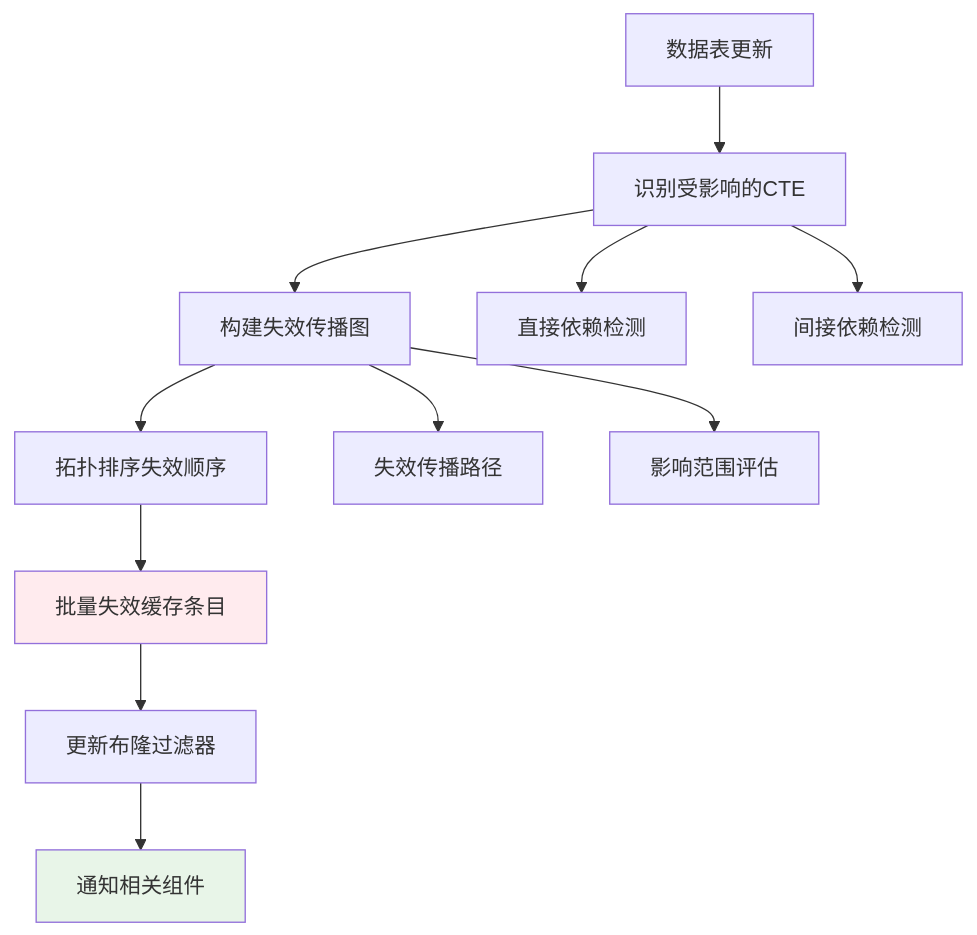
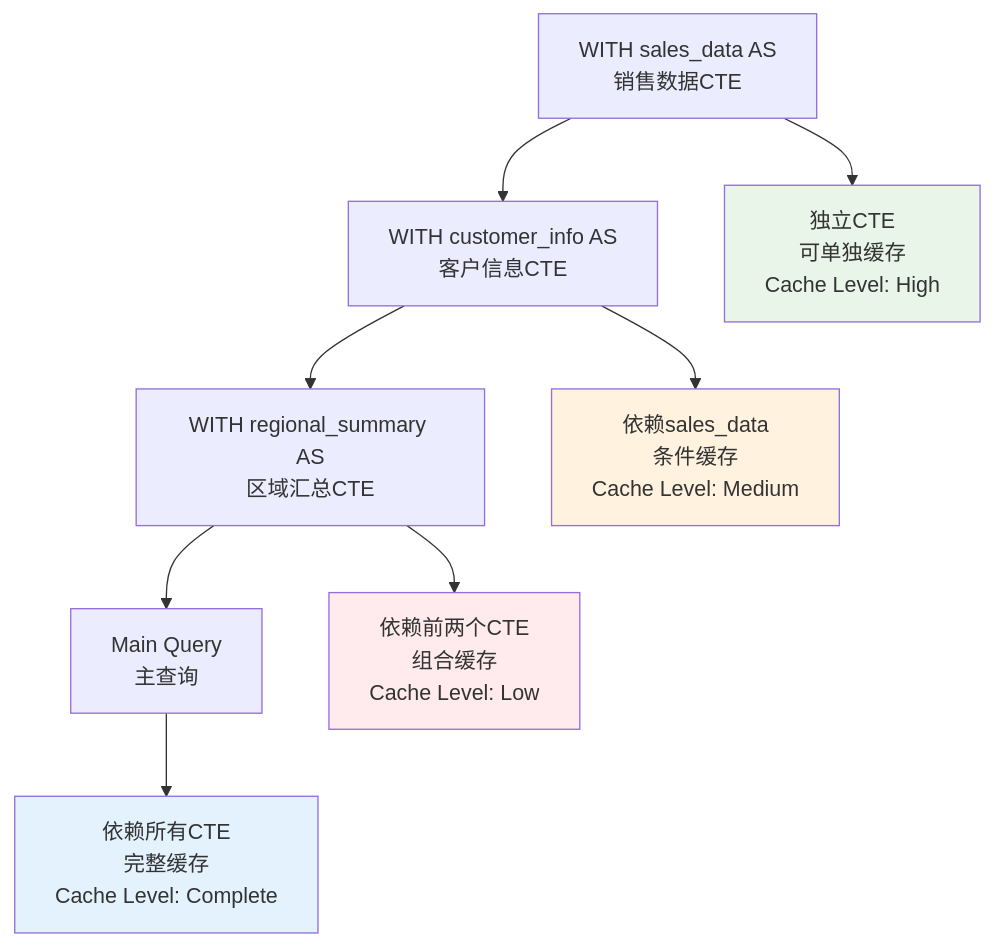
Diagram 13 of 13 in md/第三章-动态缓存管理.md (crazypenguincode/duckdb), drawn with Mermaid before and after one commit. The commit also changed other lines of this file and 361 other files, not shown here.

````diff
--- a/md/第三章-动态缓存管理.md
+++ b/md/第三章-动态缓存管理.md
@@ -971,19 +2630,16 @@
 ```mermaid
 graph TD
-    A[数据表更新] --> B[识别受影响的CTE]
-    B --> C[构建失效传播图]
-    C --> D[拓扑排序失效顺序]
-    D --> E[批量失效缓存条目]
+    A[WITH sales_data AS<br/>销售数据CTE] --> B[WITH customer_info AS<br/>客户信息CTE]
+    B --> C[WITH regional_summary AS<br/>区域汇总CTE]
+    C --> D[Main Query<br/>主查询]
     
-    B --> B1[直接依赖检测]
-    B --> B2[间接依赖检测]
+    A --> A1[独立CTE<br/>可单独缓存<br/>Cache Level: High]
+    B --> B1[依赖sales_data<br/>条件缓存<br/>Cache Level: Medium]
+    C --> C1[依赖前两个CTE<br/>组合缓存<br/>Cache Level: Low]
+    D --> D1[依赖所有CTE<br/>完整缓存<br/>Cache Level: Complete]
     
-    C --> C1[失效传播路径]
-    C --> C2[影响范围评估]
-    
-    E --> F[更新布隆过滤器]
-    F --> G[通知相关组件]
-    
-    style E fill:#ffebee
-    style G fill:#e8f5e8
+    style A1 fill:#e8f5e8
+    style B1 fill:#fff3e0
+    style C1 fill:#ffebee
+    style D1 fill:#e3f2fd
 ```
````
